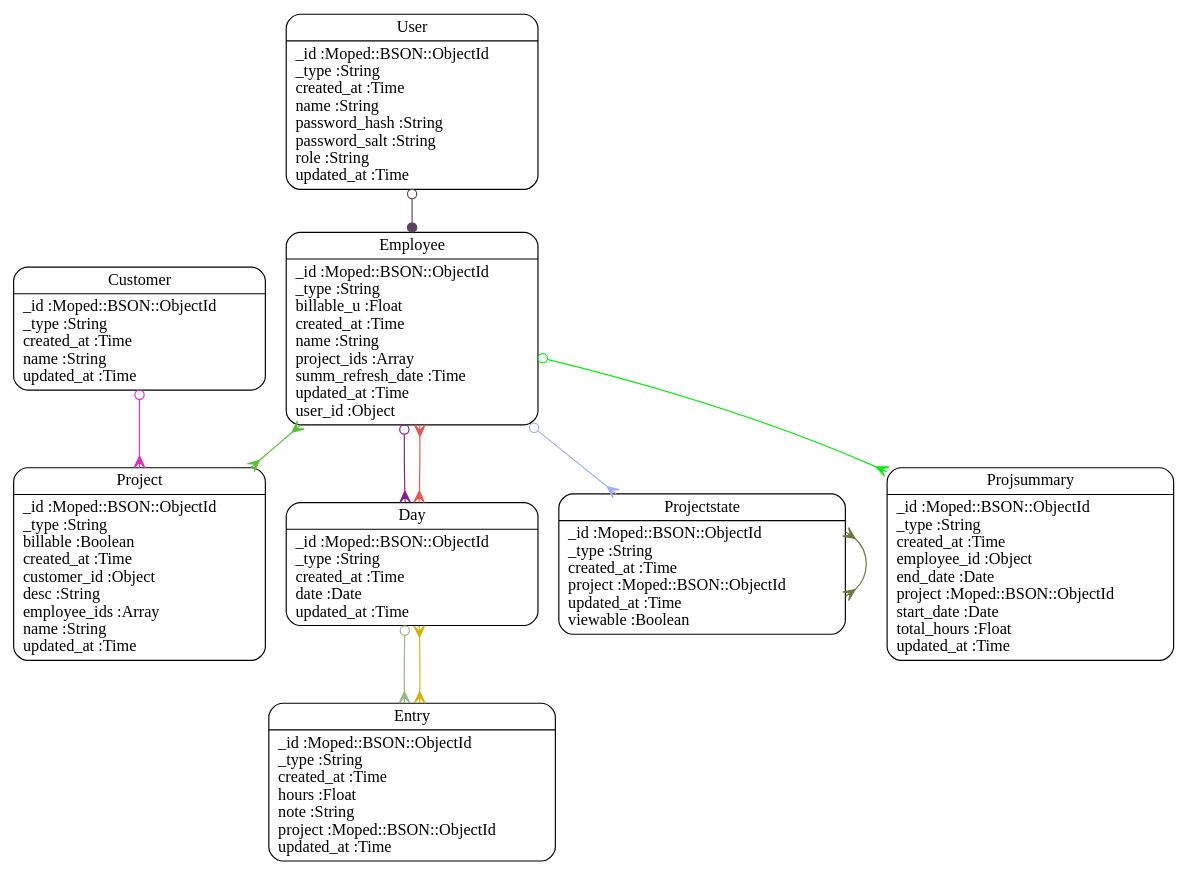
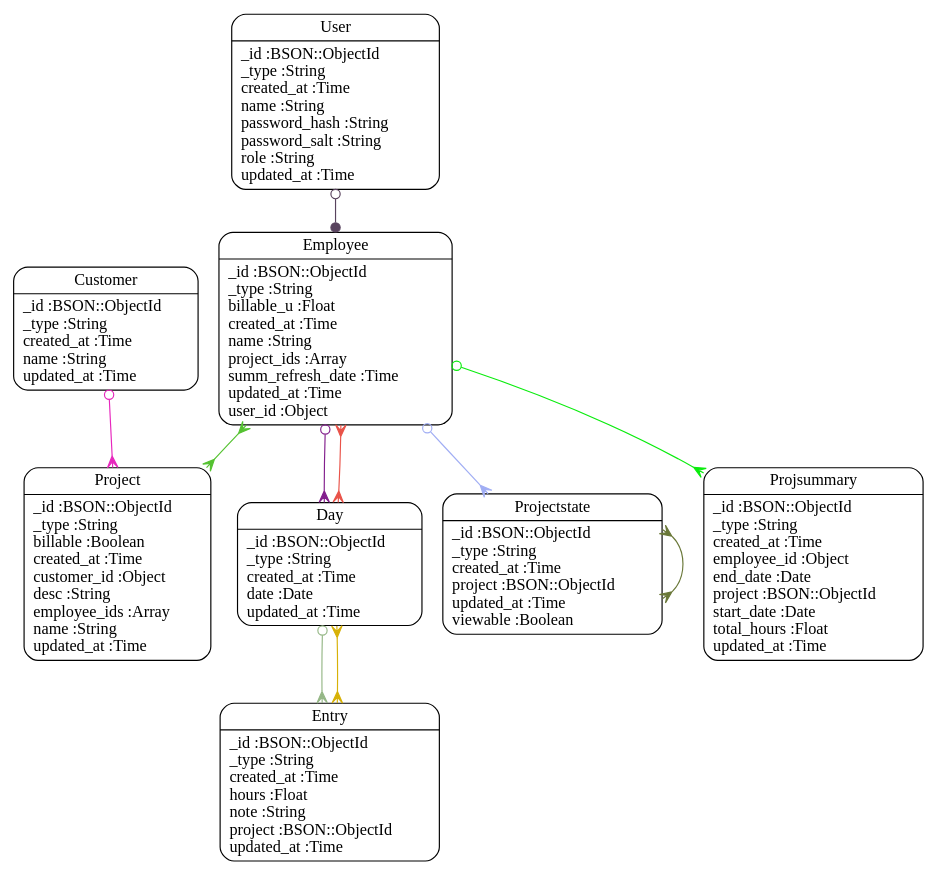
Before and after one commit to wildfauve/timemachine: the diagram in doc/models.dot, drawn with Graphviz. The commit also changed 16 other files, not shown here.

```diff
--- a/doc/models.dot
+++ b/doc/models.dot
@@ -1,21 +1,21 @@
 digraph models_diagram {
 	graph[overlap=false, splines=true]
-	"Customer" [shape=Mrecord, label="{Customer|_id :Moped::BSON::ObjectId\l_type :String\lcreated_at :Time\lname :String\lupdated_at :Time\l}"]
-	"Day" [shape=Mrecord, label="{Day|_id :Moped::BSON::ObjectId\l_type :String\lcreated_at :Time\ldate :Date\lupdated_at :Time\l}"]
-	"Employee" [shape=Mrecord, label="{Employee|_id :Moped::BSON::ObjectId\l_type :String\lbillable_u :Float\lcreated_at :Time\lname :String\lproject_ids :Array\lsumm_refresh_date :Time\lupdated_at :Time\luser_id :Object\l}"]
-	"Entry" [shape=Mrecord, label="{Entry|_id :Moped::BSON::ObjectId\l_type :String\lcreated_at :Time\lhours :Float\lnote :String\lproject :Moped::BSON::ObjectId\lupdated_at :Time\l}"]
-	"Project" [shape=Mrecord, label="{Project|_id :Moped::BSON::ObjectId\l_type :String\lbillable :Boolean\lcreated_at :Time\lcustomer_id :Object\ldesc :String\lemployee_ids :Array\lname :String\lupdated_at :Time\l}"]
-	"Projectstate" [shape=Mrecord, label="{Projectstate|_id :Moped::BSON::ObjectId\l_type :String\lcreated_at :Time\lproject :Moped::BSON::ObjectId\lupdated_at :Time\lviewable :Boolean\l}"]
-	"Projsummary" [shape=Mrecord, label="{Projsummary|_id :Moped::BSON::ObjectId\l_type :String\lcreated_at :Time\lemployee_id :Object\lend_date :Date\lproject :Moped::BSON::ObjectId\lstart_date :Date\ltotal_hours :Float\lupdated_at :Time\l}"]
-	"User" [shape=Mrecord, label="{User|_id :Moped::BSON::ObjectId\l_type :String\lcreated_at :Time\lname :String\lpassword_hash :String\lpassword_salt :String\lrole :String\lupdated_at :Time\l}"]
+	"Customer" [shape=Mrecord, label="{Customer|_id :BSON::ObjectId\l_type :String\lcreated_at :Time\lname :String\lupdated_at :Time\l}"]
+	"Day" [shape=Mrecord, label="{Day|_id :BSON::ObjectId\l_type :String\lcreated_at :Time\ldate :Date\lupdated_at :Time\l}"]
+	"Employee" [shape=Mrecord, label="{Employee|_id :BSON::ObjectId\l_type :String\lbillable_u :Float\lcreated_at :Time\lname :String\lproject_ids :Array\lsumm_refresh_date :Time\lupdated_at :Time\luser_id :Object\l}"]
+	"Entry" [shape=Mrecord, label="{Entry|_id :BSON::ObjectId\l_type :String\lcreated_at :Time\lhours :Float\lnote :String\lproject :BSON::ObjectId\lupdated_at :Time\l}"]
+	"Project" [shape=Mrecord, label="{Project|_id :BSON::ObjectId\l_type :String\lbillable :Boolean\lcreated_at :Time\lcustomer_id :Object\ldesc :String\lemployee_ids :Array\lname :String\lupdated_at :Time\l}"]
+	"Projectstate" [shape=Mrecord, label="{Projectstate|_id :BSON::ObjectId\l_type :String\lcreated_at :Time\lproject :BSON::ObjectId\lupdated_at :Time\lviewable :Boolean\l}"]
+	"Projsummary" [shape=Mrecord, label="{Projsummary|_id :BSON::ObjectId\l_type :String\lcreated_at :Time\lemployee_id :Object\lend_date :Date\lproject :BSON::ObjectId\lstart_date :Date\ltotal_hours :Float\lupdated_at :Time\l}"]
+	"User" [shape=Mrecord, label="{User|_id :BSON::ObjectId\l_type :String\lcreated_at :Time\lname :String\lpassword_hash :String\lpassword_salt :String\lrole :String\lupdated_at :Time\l}"]
 	"Customer" -> "Project" [arrowtail=odot, arrowhead=crow, dir=both color="#E727BD"]
 	"Day" -> "Employee" [arrowtail=crow, arrowhead=crow, dir=both color="#E95349"]
 	"Day" -> "Entry" [arrowtail=odot, arrowhead=crow, dir=both color="#95B786"]
 	"Employee" -> "Project" [arrowtail=crow, arrowhead=crow, dir=both color="#55C231"]
 	"Employee" -> "Projectstate" [arrowtail=odot, arrowhead=crow, dir=both color="#A1AEF4"]
 	"Employee" -> "Day" [arrowtail=odot, arrowhead=crow, dir=both color="#831F8D"]
 	"Employee" -> "Projsummary" [arrowtail=odot, arrowhead=crow, dir=both color="#0AEC0D"]
 	"Entry" -> "Day" [arrowtail=crow, arrowhead=crow, dir=both color="#D7B107"]
 	"Projectstate" -> "Projectstate" [arrowtail=crow, arrowhead=crow, dir=both color="#6A7839"]
 	"User" -> "Employee" [arrowtail=odot, arrowhead=dot, dir=both color="#59435E"]
 }
```
